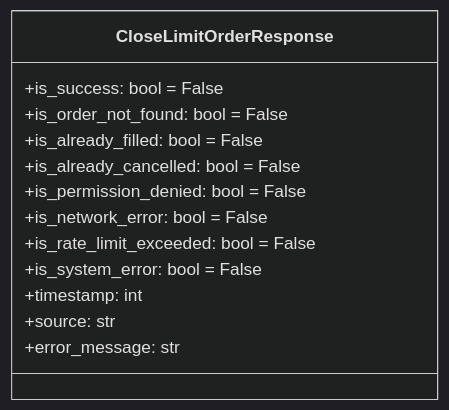
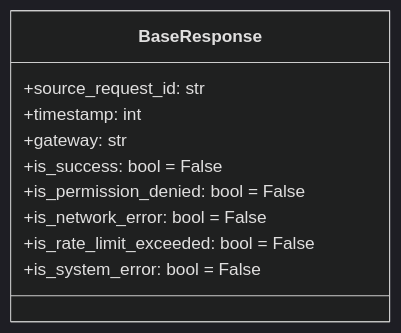
One commit to gatesplan/python-toolbox changed the first of 16 diagrams in packages/financial-assets/financial_assets/response/Architecture.md. Above: the diagram before and after it, drawn with Mermaid (dark theme). The commit also changed other lines of this file, not shown here.

First line of the commit message:
docs(financial-assets): Response 아키텍처 BaseResponse 상속 구조로 리팩토링

````diff
--- a/packages/financial-assets/financial_assets/response/Architecture.md
+++ b/packages/financial-assets/financial_assets/response/Architecture.md
@@ -83,16 +38,13 @@
 ```mermaid
 classDiagram
-    class CloseLimitOrderResponse {
+    class BaseResponse {
+        +source_request_id: str
+        +timestamp: int
+        +gateway: str
         +is_success: bool = False
-        +is_order_not_found: bool = False
-        +is_already_filled: bool = False
-        +is_already_cancelled: bool = False
         +is_permission_denied: bool = False
         +is_network_error: bool = False
         +is_rate_limit_exceeded: bool = False
         +is_system_error: bool = False
-        +timestamp: int
-        +source: str
-        +error_message: str
     }
 ```
````
